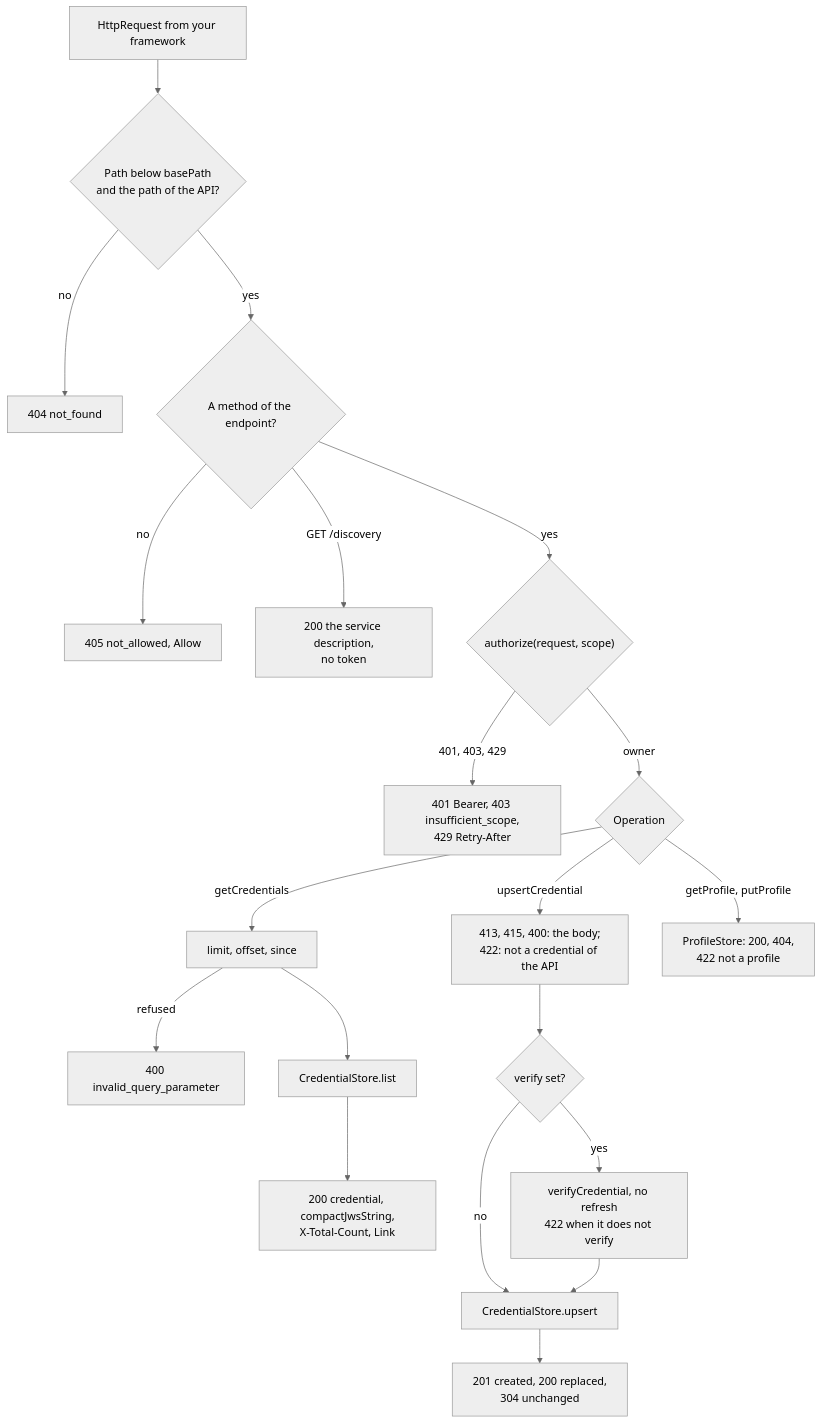
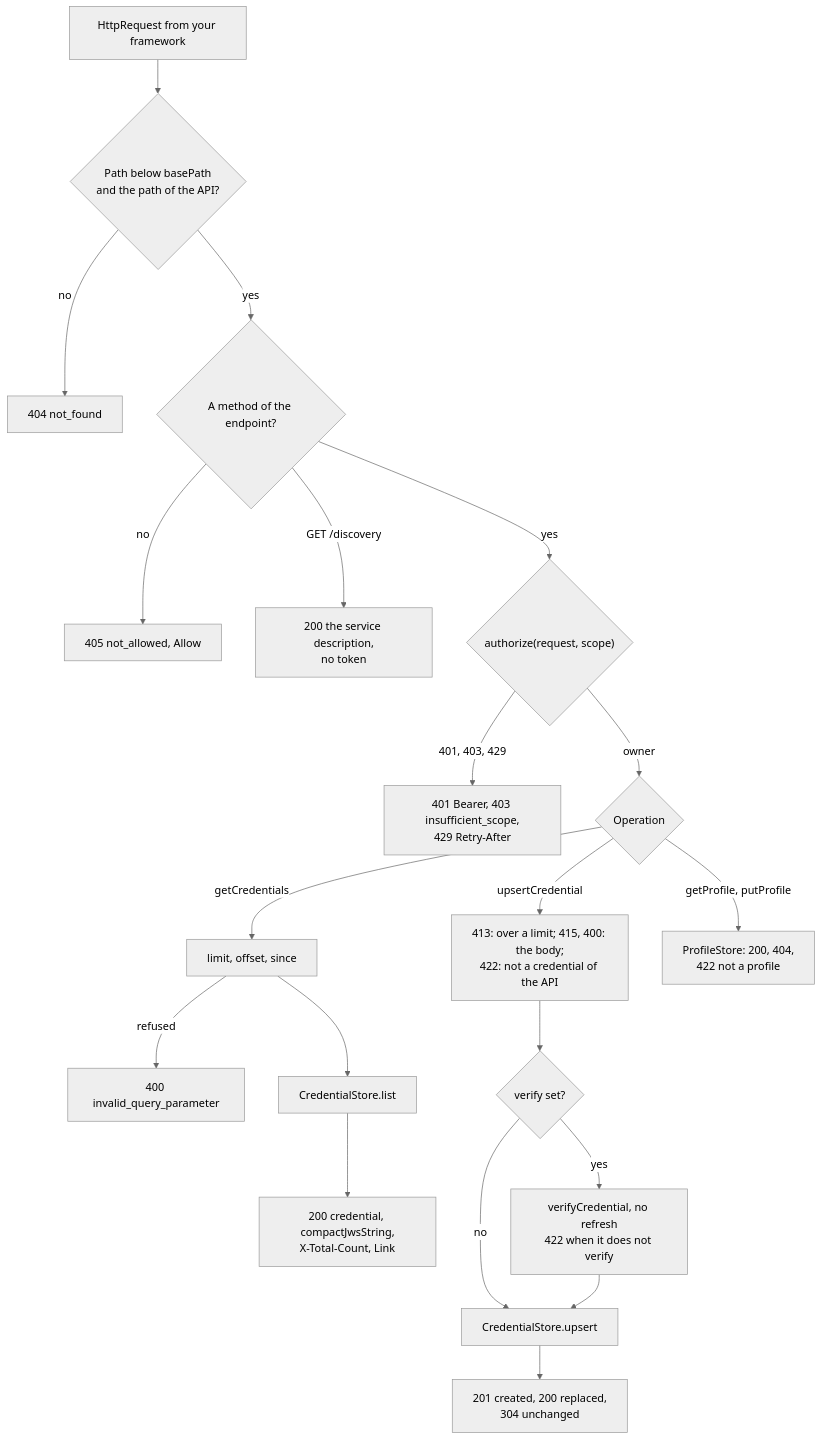
The first of 2 diagrams in docs/achievement-credentials/provider.md (interopkit/interopkit), drawn with Mermaid (neutral theme) before and after one commit. The commit also changed other lines of this file and 137 other files, not shown here.

````diff
--- a/docs/achievement-credentials/provider.md
+++ b/docs/achievement-credentials/provider.md
@@ -10,22 +10,22 @@
 ```mermaid
 flowchart TD
   request["HttpRequest from your framework"] --> route{"Path below basePath<br/>and the path of the API?"}
   route -->|"no"| unknown["404 not_found"]
   route -->|"yes"| method{"A method of the endpoint?"}
   method -->|"no"| notAllowed["405 not_allowed, Allow"]
   method -->|"GET /discovery"| sdd["200 the service description,<br/>no token"]
   method -->|"yes"| authorize{"authorize(request, scope)"}
   authorize -->|"401, 403, 429"| refused["401 Bearer, 403 insufficient_scope,<br/>429 Retry-After"]
   authorize -->|"owner"| operation{"Operation"}
   operation -->|"getCredentials"| query["limit, offset, since"]
   query -->|"refused"| badQuery["400 invalid_query_parameter"]
   query --> list["CredentialStore.list"]
   list --> page["200 credential, compactJwsString,<br/>X-Total-Count, Link"]
-  operation -->|"upsertCredential"| body["413, 415, 400: the body;<br/>422: not a credential of the API"]
+  operation -->|"upsertCredential"| body["413: over a limit; 415, 400: the body;<br/>422: not a credential of the API"]
   body --> verify{"verify set?"}
   verify -->|"yes"| verified["verifyCredential, no refresh<br/>422 when it does not verify"]
   verify -->|"no"| upsert["CredentialStore.upsert"]
   verified --> upsert
   upsert --> outcome["201 created, 200 replaced,<br/>304 unchanged"]
   operation -->|"getProfile, putProfile"| profile["ProfileStore: 200, 404,<br/>422 not a profile"]
 ```
````
